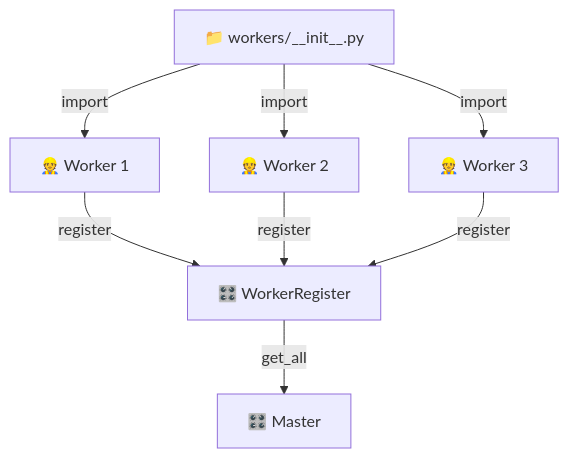
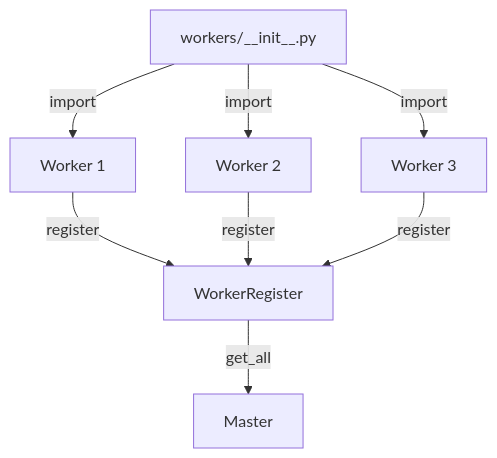
One commit to YearsAlso/zoo-framework-doc changed the sixth of 7 diagrams in docs/zh/core/worker.md. Above: the diagram before and after it, drawn with Mermaid. The commit also changed other lines of this file and 24 other files, not shown here.

First line of the commit message:
docs(site): 站点正式化与内容严肃化，附 bench 报告截图

````diff
--- a/docs/zh/core/worker.md
+++ b/docs/zh/core/worker.md
@@ -375,10 +375,10 @@
 ```mermaid
 graph TD
-    A[📁 workers/__init__.py] -->|import| B[👷 Worker 1]
-    A -->|import| C[👷 Worker 2]
-    A -->|import| D[👷 Worker 3]
-    B -->|register| E[🎛️ WorkerRegister]
+    A[ workers/__init__.py] -->|import| B[ Worker 1]
+    A -->|import| C[ Worker 2]
+    A -->|import| D[ Worker 3]
+    B -->|register| E[ WorkerRegister]
     C -->|register| E
     D -->|register| E
-    E -->|get_all| F[🎛️ Master]
+    E -->|get_all| F[ Master]
 ```
````
